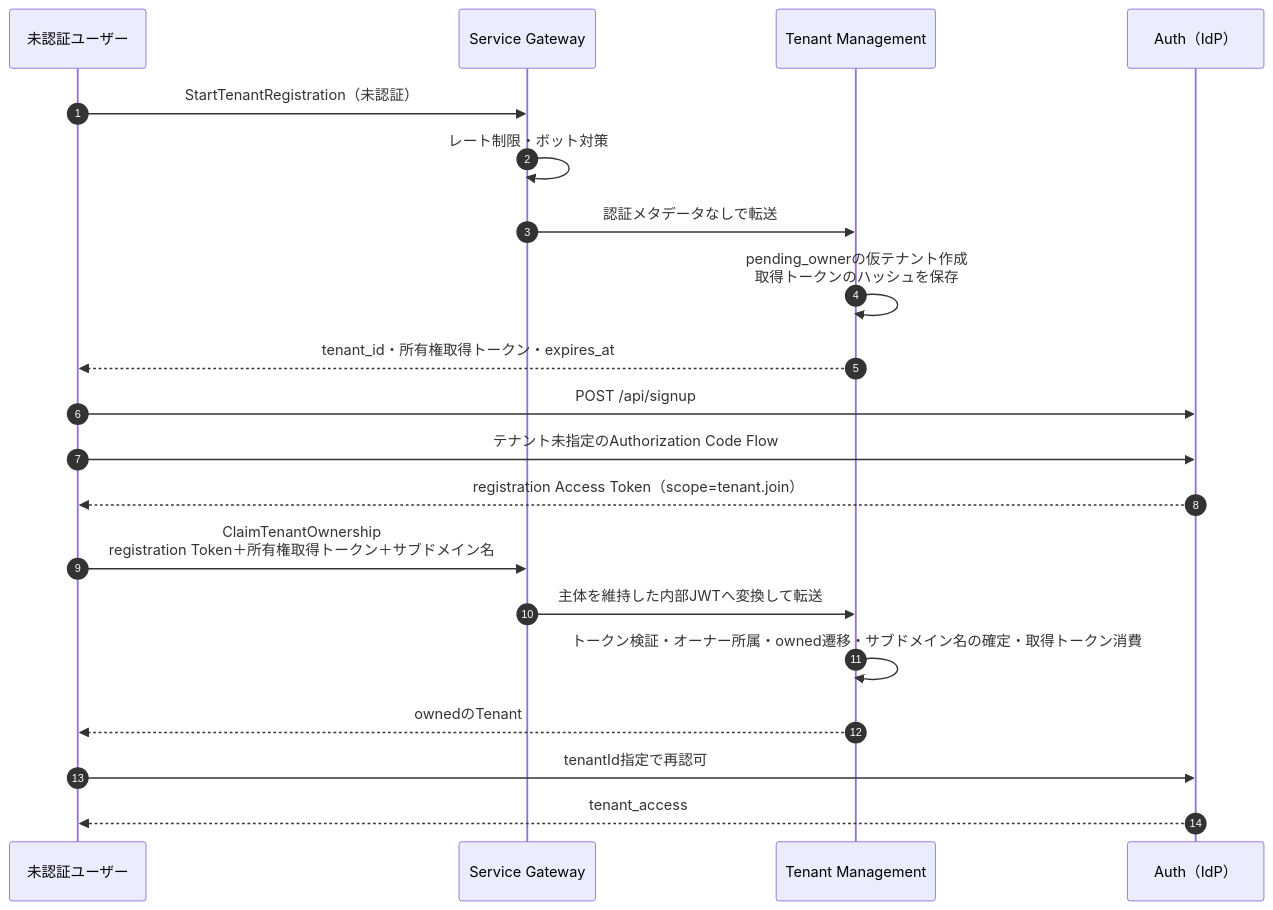
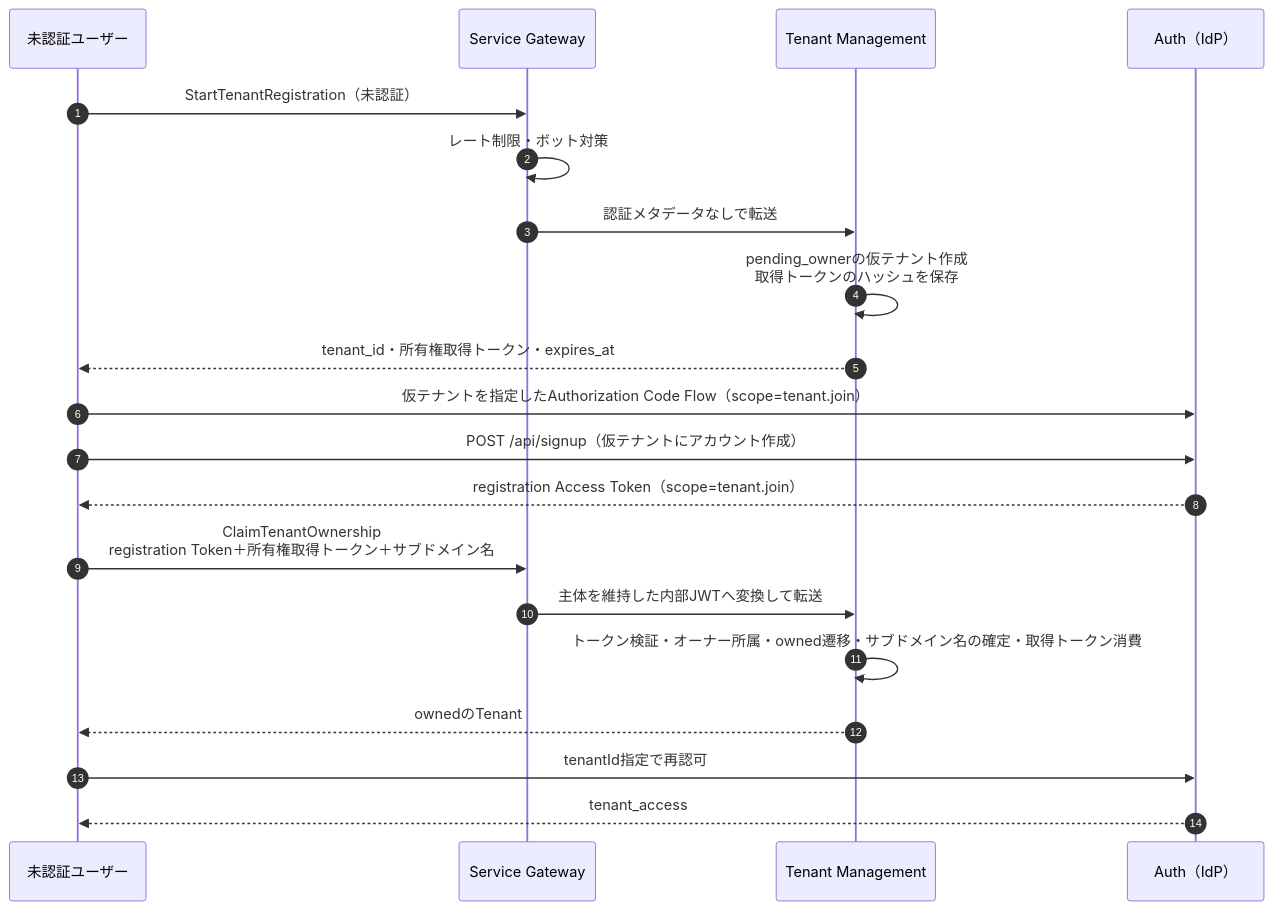
Before and after one commit to pj-hoakari/tolo-service-gateway: the fourth of 5 diagrams in docs/service_map.md, drawn with Mermaid. The commit also changed other lines of this file, not shown here.

Commit message:
docs: sync spec docs with hoakari-root

````diff
--- a/docs/service_map.md
+++ b/docs/service_map.md
@@ -197,23 +197,23 @@
 ```mermaid
 sequenceDiagram
   autonumber
   participant User as 未認証ユーザー
   participant GW as Service Gateway
   participant TM as Tenant Management
   participant IdP as Auth（IdP）
 
   User->>GW: StartTenantRegistration（未認証）
   GW->>GW: レート制限・ボット対策
   GW->>TM: 認証メタデータなしで転送
   TM->>TM: pending_ownerの仮テナント作成<br/>取得トークンのハッシュを保存
   TM-->>User: tenant_id・所有権取得トークン・expires_at
-  User->>IdP: POST /api/signup
-  User->>IdP: テナント未指定のAuthorization Code Flow
+  User->>IdP: 仮テナントを指定したAuthorization Code Flow（scope=tenant.join）
+  User->>IdP: POST /api/signup（仮テナントにアカウント作成）
   IdP-->>User: registration Access Token（scope=tenant.join）
   User->>GW: ClaimTenantOwnership<br/>registration Token＋所有権取得トークン＋サブドメイン名
   GW->>TM: 主体を維持した内部JWTへ変換して転送
   TM->>TM: トークン検証・オーナー所属・owned遷移・サブドメイン名の確定・取得トークン消費
   TM-->>User: ownedのTenant
   User->>IdP: tenantId指定で再認可
   IdP-->>User: tenant_access
 ```
````
